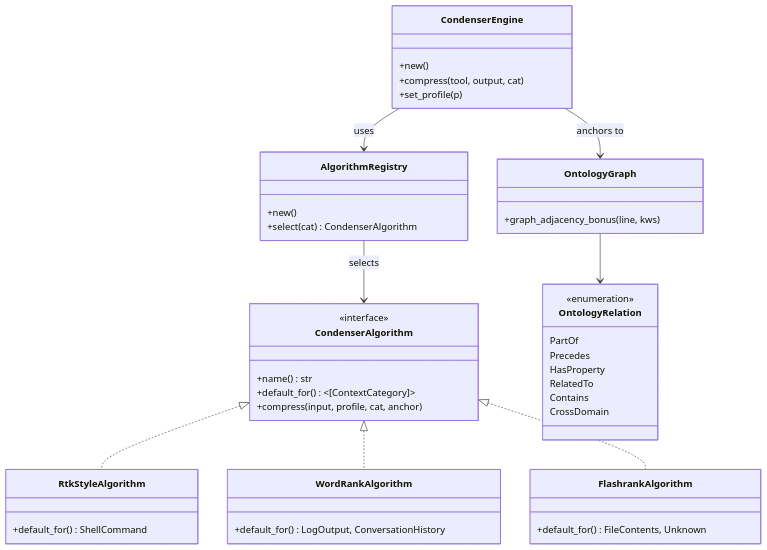
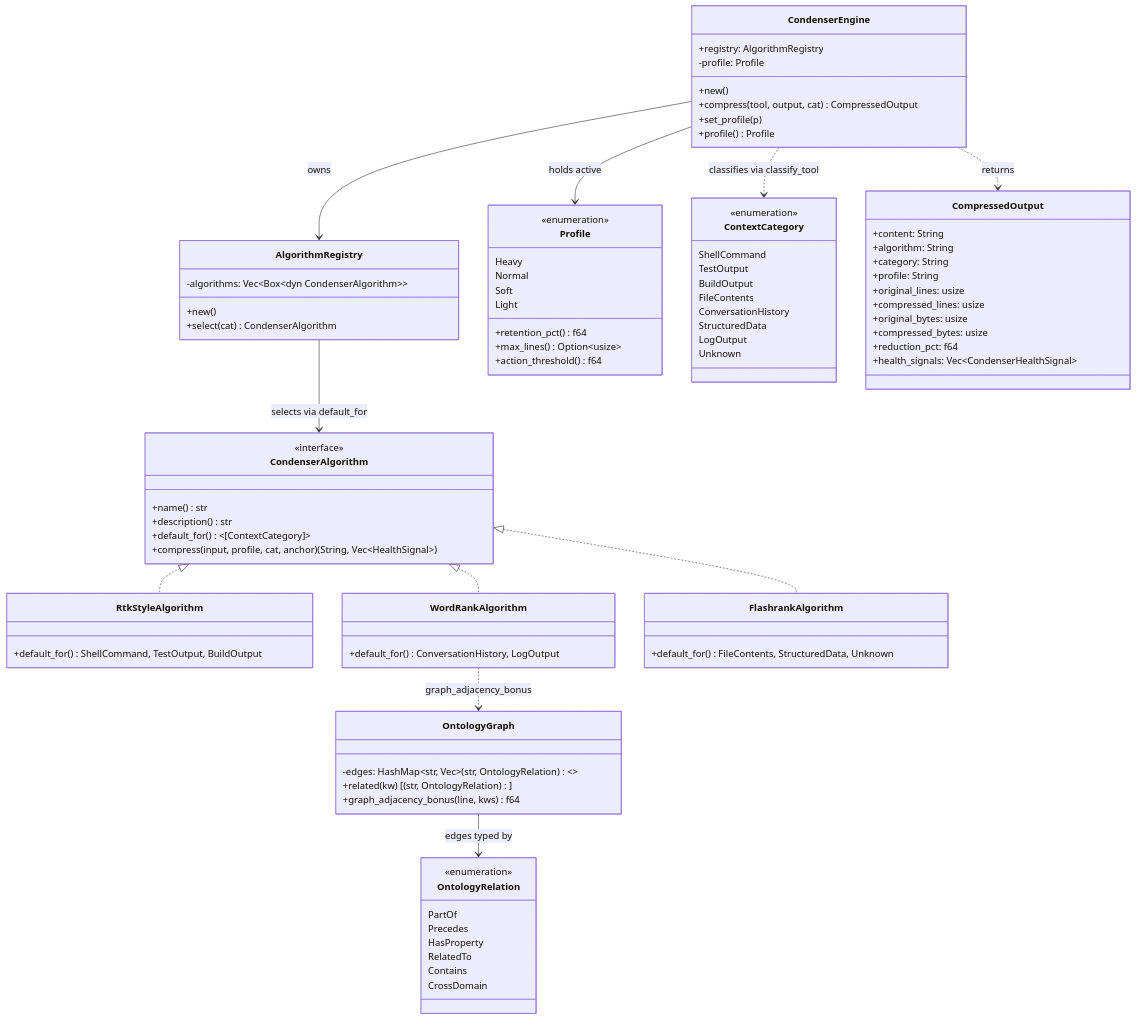
One commit to mdz-axo/zed-kask changed the diagram in kask/docs/diataxis/hkask-condenser/reference.md. Above: the diagram before and after it, drawn with Mermaid. The commit also changed other lines of this file and 41 other files, not shown here.

````diff
--- a/kask/docs/diataxis/hkask-condenser/reference.md
+++ b/kask/docs/diataxis/hkask-condenser/reference.md
@@ -63,29 +80,36 @@
     class CondenserAlgorithm {
         <<interface>>
         +name() str
+        +description() str
         +default_for() ~[ContextCategory]~
-        +compress(input, profile, cat, anchor)
+        +compress(input, profile, cat, anchor) (String, Vec~HealthSignal~)
     }
     class RtkStyleAlgorithm {
-        +default_for() ShellCommand
+        +default_for() ShellCommand, TestOutput, BuildOutput
     }
     class WordRankAlgorithm {
-        +default_for() LogOutput, ConversationHistory
+        +default_for() ConversationHistory, LogOutput
     }
     class FlashrankAlgorithm {
-        +default_for() FileContents, Unknown
+        +default_for() FileContents, StructuredData, Unknown
     }
     class AlgorithmRegistry {
+        -algorithms: Vec~Box~dyn CondenserAlgorithm~~
         +new()
         +select(cat) CondenserAlgorithm
     }
     class CondenserEngine {
+        +registry: AlgorithmRegistry
+        -profile: Profile
         +new()
-        +compress(tool, output, cat)
+        +compress(tool, output, cat) CompressedOutput
         +set_profile(p)
+        +profile() Profile
     }
     class OntologyGraph {
-        +graph_adjacency_bonus(line, kws)
+        -edges: HashMap~str, Vec~(str, OntologyRelation)~~
+        +related(kw) [(str, OntologyRelation)]
+        +graph_adjacency_bonus(line, kws) f64
     }
     class OntologyRelation {
         <<enumeration>>
@@ -96,12 +120,48 @@
         Contains
         CrossDomain
     }
+    class Profile {
+        <<enumeration>>
+        Heavy
+        Normal
+        Soft
+        Light
+        +retention_pct() f64
+        +max_lines() Option~usize~
+        +action_threshold() f64
+    }
+    class ContextCategory {
+        <<enumeration>>
+        ShellCommand
+        TestOutput
+        BuildOutput
+        FileContents
+        ConversationHistory
+        StructuredData
+        LogOutput
+        Unknown
+    }
+    class CompressedOutput {
+        +content: String
+        +algorithm: String
+        +category: String
+        +profile: String
+        +original_lines: usize
+        +compressed_lines: usize
+        +original_bytes: usize
+        +compressed_bytes: usize
+        +reduction_pct: f64
+        +health_signals: Vec~CondenserHealthSignal~
+    }
 
     CondenserAlgorithm <|.. RtkStyleAlgorithm
     CondenserAlgorithm <|.. WordRankAlgorithm
     CondenserAlgorithm <|.. FlashrankAlgorithm
-    AlgorithmRegistry --> CondenserAlgorithm : selects
-    CondenserEngine --> AlgorithmRegistry : uses
-    CondenserEngine --> OntologyGraph : anchors to
-    OntologyGraph --> OntologyRelation
+    AlgorithmRegistry --> CondenserAlgorithm : selects via default_for
+    CondenserEngine --> AlgorithmRegistry : owns
+    CondenserEngine --> Profile : holds active
+    CondenserEngine ..> ContextCategory : classifies via classify_tool
+    CondenserEngine ..> CompressedOutput : returns
+    WordRankAlgorithm ..> OntologyGraph : graph_adjacency_bonus
+    OntologyGraph --> OntologyRelation : edges typed by
 ```
````
